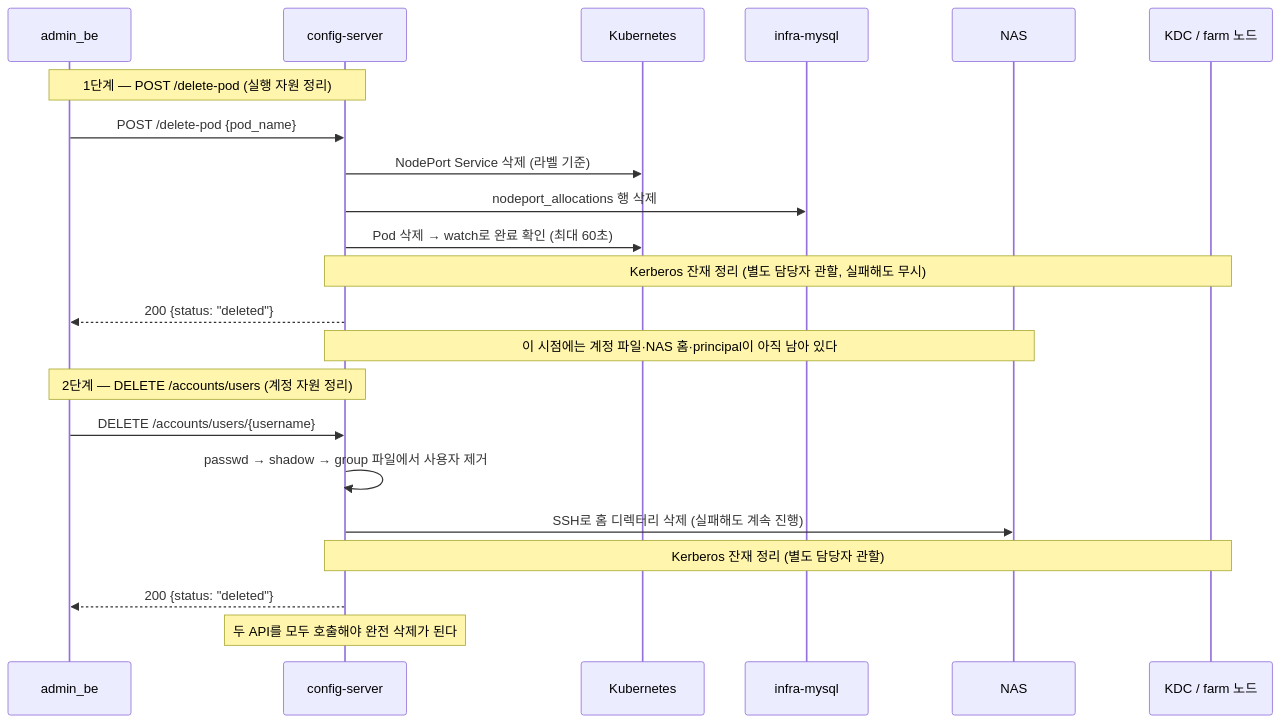
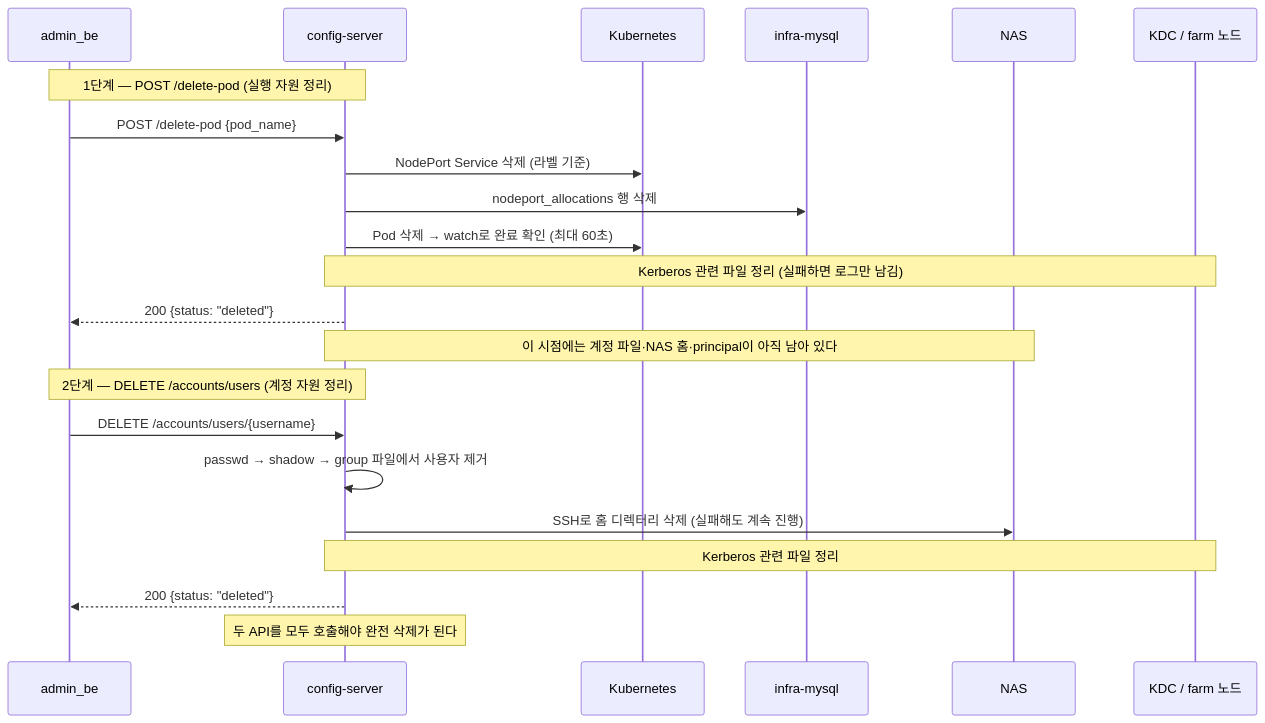
Before and after one commit to CSID-DGU/admin_wiki: the second of 2 diagrams in md/infra/operations/API-레퍼런스.md, drawn with Mermaid. The commit also changed other lines of this file and 13 other files, not shown here.

````diff
--- a/md/infra/operations/API-레퍼런스.md
+++ b/md/infra/operations/API-레퍼런스.md
@@ -185,26 +185,26 @@
 ```mermaid
 sequenceDiagram
     participant BE as admin_be
     participant CS as config-server
     participant K as Kubernetes
     participant DB as infra-mysql
     participant NAS as NAS
     participant KDC as KDC / farm 노드
 
     Note over BE,CS: 1단계 — POST /delete-pod (실행 자원 정리)
     BE->>CS: POST /delete-pod {pod_name}
     CS->>K: NodePort Service 삭제 (라벨 기준)
     CS->>DB: nodeport_allocations 행 삭제
     CS->>K: Pod 삭제 → watch로 완료 확인 (최대 60초)
-    Note over CS,KDC: Kerberos 잔재 정리 (별도 담당자 관할, 실패해도 무시)
+    Note over CS,KDC: Kerberos 관련 파일 정리 (실패하면 로그만 남김)
     CS-->>BE: 200 {status: "deleted"}
     Note over CS,NAS: 이 시점에는 계정 파일·NAS 홈·principal이 아직 남아 있다
 
     Note over BE,CS: 2단계 — DELETE /accounts/users (계정 자원 정리)
     BE->>CS: DELETE /accounts/users/{username}
     CS->>CS: passwd → shadow → group 파일에서 사용자 제거
     CS->>NAS: SSH로 홈 디렉터리 삭제 (실패해도 계속 진행)
-    Note over CS,KDC: Kerberos 잔재 정리 (별도 담당자 관할)
+    Note over CS,KDC: Kerberos 관련 파일 정리
     CS-->>BE: 200 {status: "deleted"}
     Note over CS: 두 API를 모두 호출해야 완전 삭제가 된다
 ```
````
